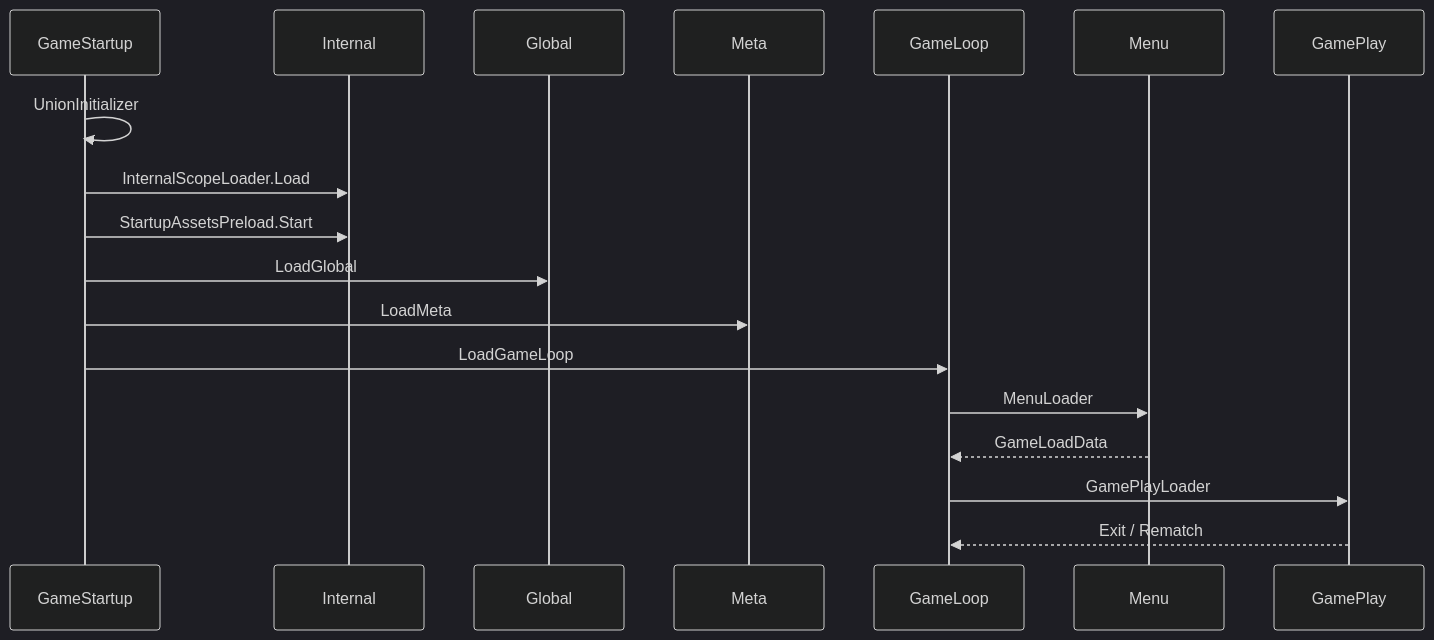
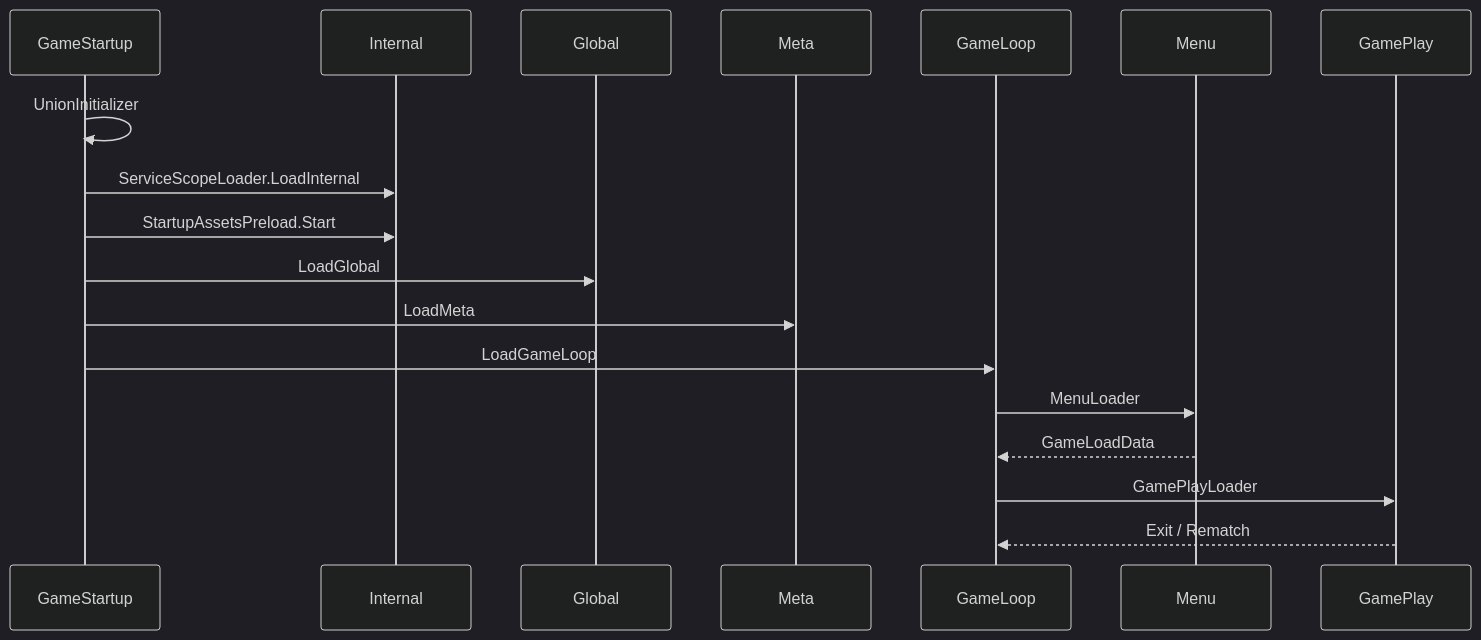
Before and after one commit to noncasted/mines-leader: the second of 3 diagrams in docs/obsidian/architecture/client-common.md, drawn with Mermaid (dark theme). The commit also changed other lines of this file and 262 other files, not shown here.

````diff
--- a/docs/obsidian/architecture/client-common.md
+++ b/docs/obsidian/architecture/client-common.md
@@ -54,21 +54,21 @@
 ```mermaid
 sequenceDiagram
     participant GS as GameStartup
     participant IS as Internal
     participant G as Global
     participant M as Meta
     participant GL as GameLoop
     participant Menu as Menu
     participant GP as GamePlay
 
     GS->>GS: UnionInitializer
-    GS->>IS: InternalScopeLoader.Load
+    GS->>IS: ServiceScopeLoader.LoadInternal
     GS->>IS: StartupAssetsPreload.Start
     GS->>G: LoadGlobal
     GS->>M: LoadMeta
     GS->>GL: LoadGameLoop
     GL->>Menu: MenuLoader
     Menu-->>GL: GameLoadData
     GL->>GP: GamePlayLoader
     GP-->>GL: Exit / Rematch
 ```
````
